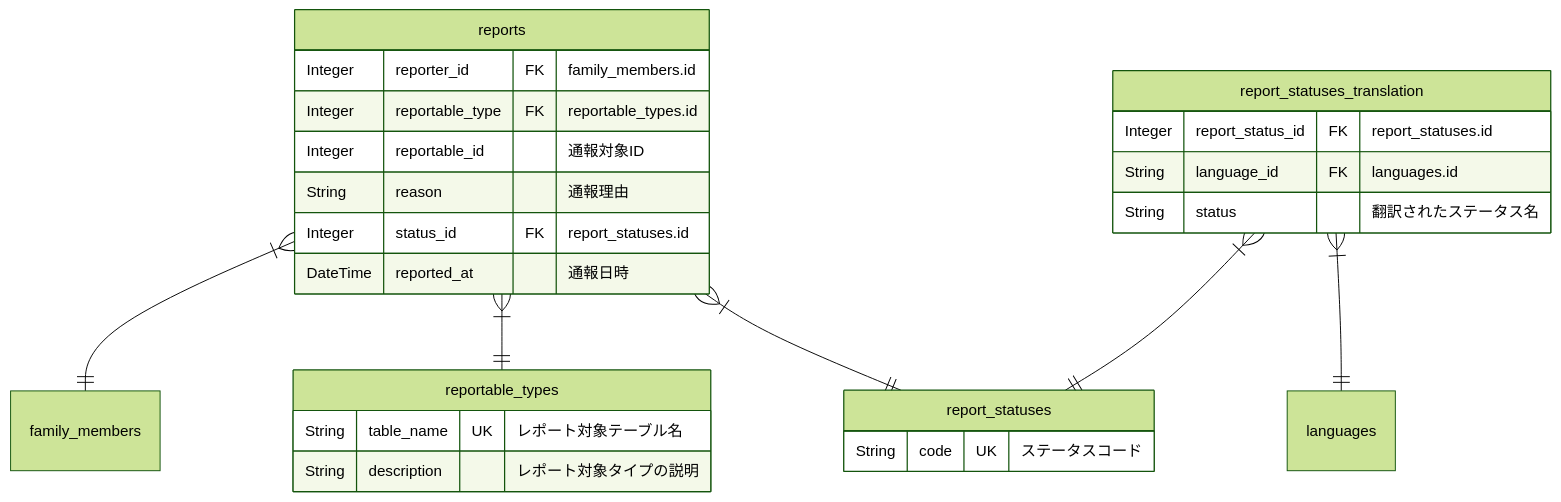
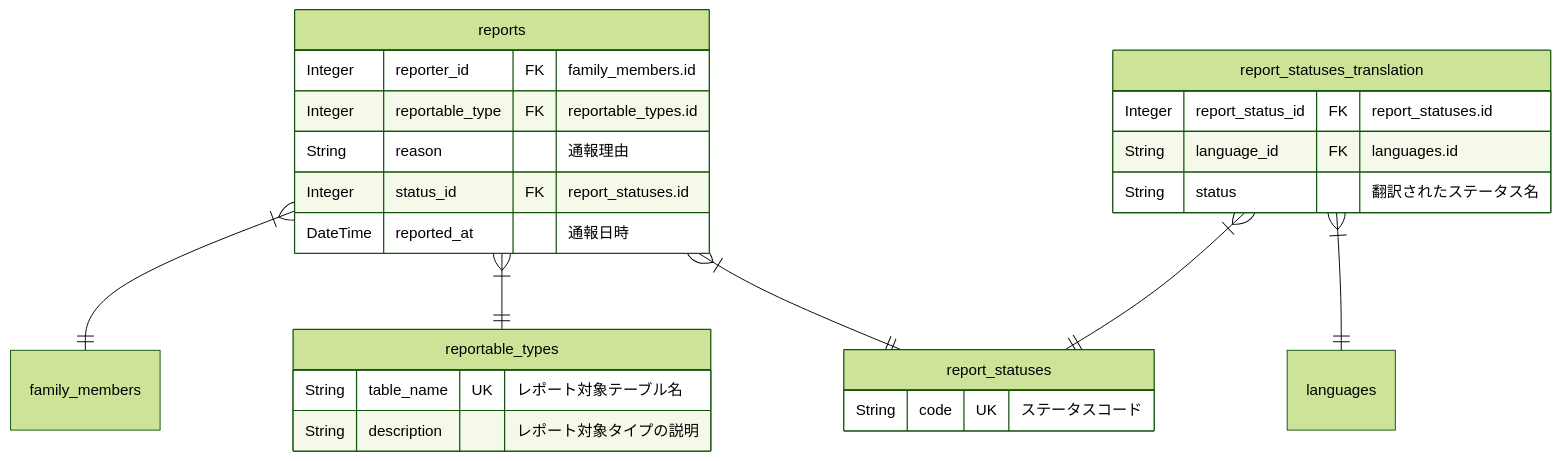
Before and after one commit to shuhei1101/allowance-questboard: diagram 17 of 17 in apps/api/docs/ja/uml/erd.md, drawn with Mermaid (forest theme). The commit also changed other lines of this file and 17 other files, not shown here.

````diff
--- a/apps/api/docs/ja/uml/erd.md
+++ b/apps/api/docs/ja/uml/erd.md
@@ -650,34 +642,33 @@
 ```mermaid
 %% report
 erDiagram
     reports {
         Integer reporter_id FK "family_members.id"
         Integer reportable_type FK "reportable_types.id"
-        Integer reportable_id "通報対象ID"
         String reason "通報理由"
         Integer status_id FK "report_statuses.id"
         DateTime reported_at "通報日時"
     }
 
     report_statuses {
         String code UK "ステータスコード"
     }
 
     report_statuses_translation {
         Integer report_status_id FK "report_statuses.id"
         String language_id FK "languages.id"
         String status "翻訳されたステータス名"
     }
 
     reportable_types {
         String table_name UK "レポート対象テーブル名"
         String description "レポート対象タイプの説明"
     }
 
     %% Relationships
     reports }|--|| family_members: ""
     reports }|--|| reportable_types: ""
     reports }|--|| report_statuses: ""
     report_statuses_translation }|--|| report_statuses: ""
     report_statuses_translation }|--|| languages: ""
 ```
````
